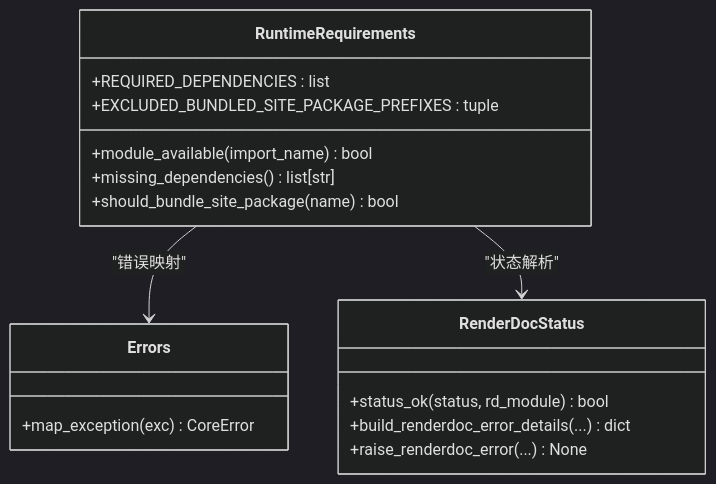
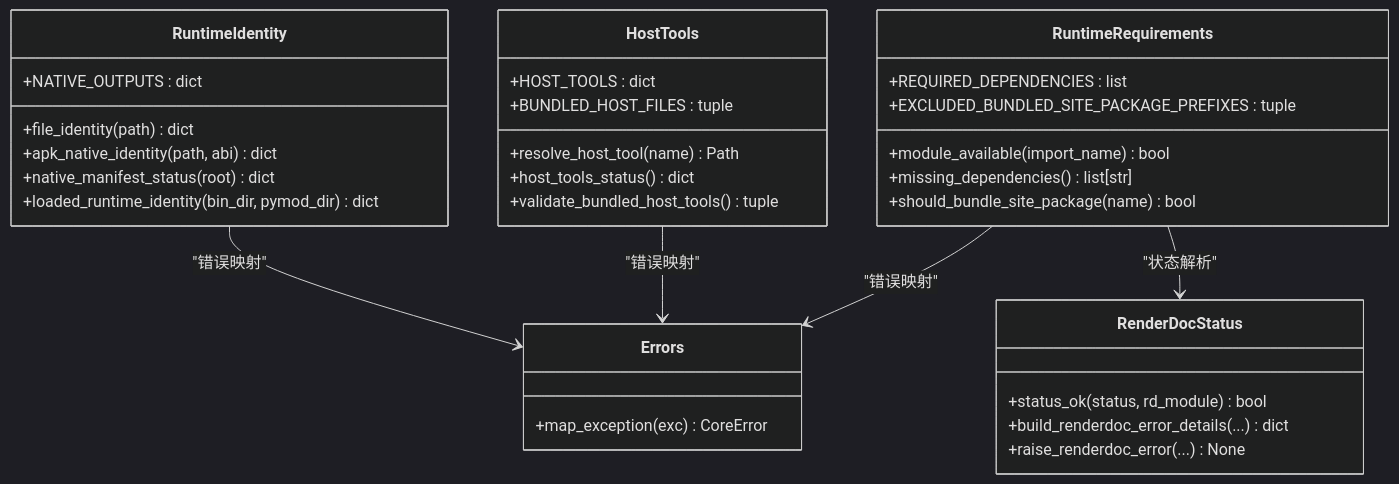
One commit to haolange/RDC-Tool changed the fourth of 6 diagrams in .qoder/repowiki/zh/content/运行时管理/依赖检查系统.md. Above: the diagram before and after it, drawn with Mermaid (dark theme). The commit also changed other lines of this file and 67 other files, not shown here.

````diff
--- a/.qoder/repowiki/zh/content/运行时管理/依赖检查系统.md
+++ b/.qoder/repowiki/zh/content/运行时管理/依赖检查系统.md
@@ -168,20 +221,36 @@
 ```mermaid
 classDiagram
 class RuntimeRequirements {
 +REQUIRED_DEPENDENCIES : list
 +EXCLUDED_BUNDLED_SITE_PACKAGE_PREFIXES : tuple
 +module_available(import_name) bool
 +missing_dependencies() list[str]
 +should_bundle_site_package(name) bool
+}
+class HostTools {
++HOST_TOOLS : dict
++BUNDLED_HOST_FILES : tuple
++resolve_host_tool(name) Path
++host_tools_status() dict
++validate_bundled_host_tools() tuple
+}
+class RuntimeIdentity {
++NATIVE_OUTPUTS : dict
++file_identity(path) dict
++apk_native_identity(path, abi) dict
++native_manifest_status(root) dict
++loaded_runtime_identity(bin_dir, pymod_dir) dict
 }
 class Errors {
 +map_exception(exc) CoreError
 }
 class RenderDocStatus {
 +status_ok(status, rd_module) bool
 +build_renderdoc_error_details(...) dict
 +raise_renderdoc_error(...) None
 }
 RuntimeRequirements --> Errors : "错误映射"
 RuntimeRequirements --> RenderDocStatus : "状态解析"
+HostTools --> Errors : "错误映射"
+RuntimeIdentity --> Errors : "错误映射"
 ```
````
